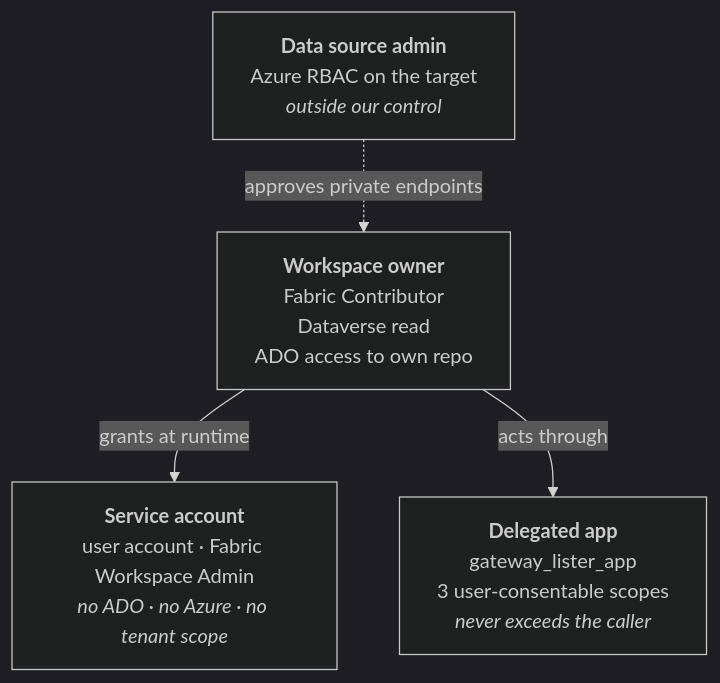
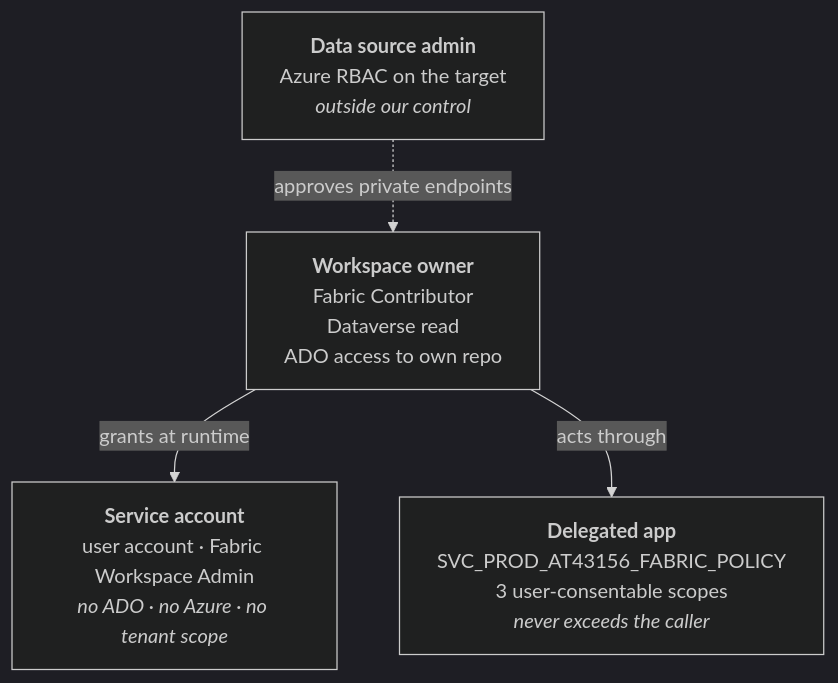
Before and after one commit to velniaszs/Fabric_Workspace_Settings: the diagram in workspace-settings/PERMISSIONS.md, drawn with Mermaid (dark theme). The commit also changed other lines of this file and 9 other files, not shown here.

````diff
--- a/workspace-settings/PERMISSIONS.md
+++ b/workspace-settings/PERMISSIONS.md
@@ -38,11 +38,11 @@
 ```mermaid
 flowchart TB
     OWNER["<b>Workspace owner</b><br/>Fabric Contributor<br/>Dataverse read<br/>ADO access to own repo"]
     BROKER["<b>Service account</b><br/>user account · Fabric Workspace Admin<br/><i>no ADO · no Azure · no tenant scope</i>"]
-    DELEG["<b>Delegated app</b><br/>gateway_lister_app<br/>3 user-consentable scopes<br/><i>never exceeds the caller</i>"]
+    DELEG["<b>Delegated app</b><br/>SVC_PROD_AT43156_FABRIC_POLICY<br/>3 user-consentable scopes<br/><i>never exceeds the caller</i>"]
     APPROVER["<b>Data source admin</b><br/>Azure RBAC on the target<br/><i>outside our control</i>"]
 
     OWNER -->|"grants at runtime"| BROKER
     OWNER -->|"acts through"| DELEG
     APPROVER -.->|"approves private endpoints"| OWNER
 ```
````
